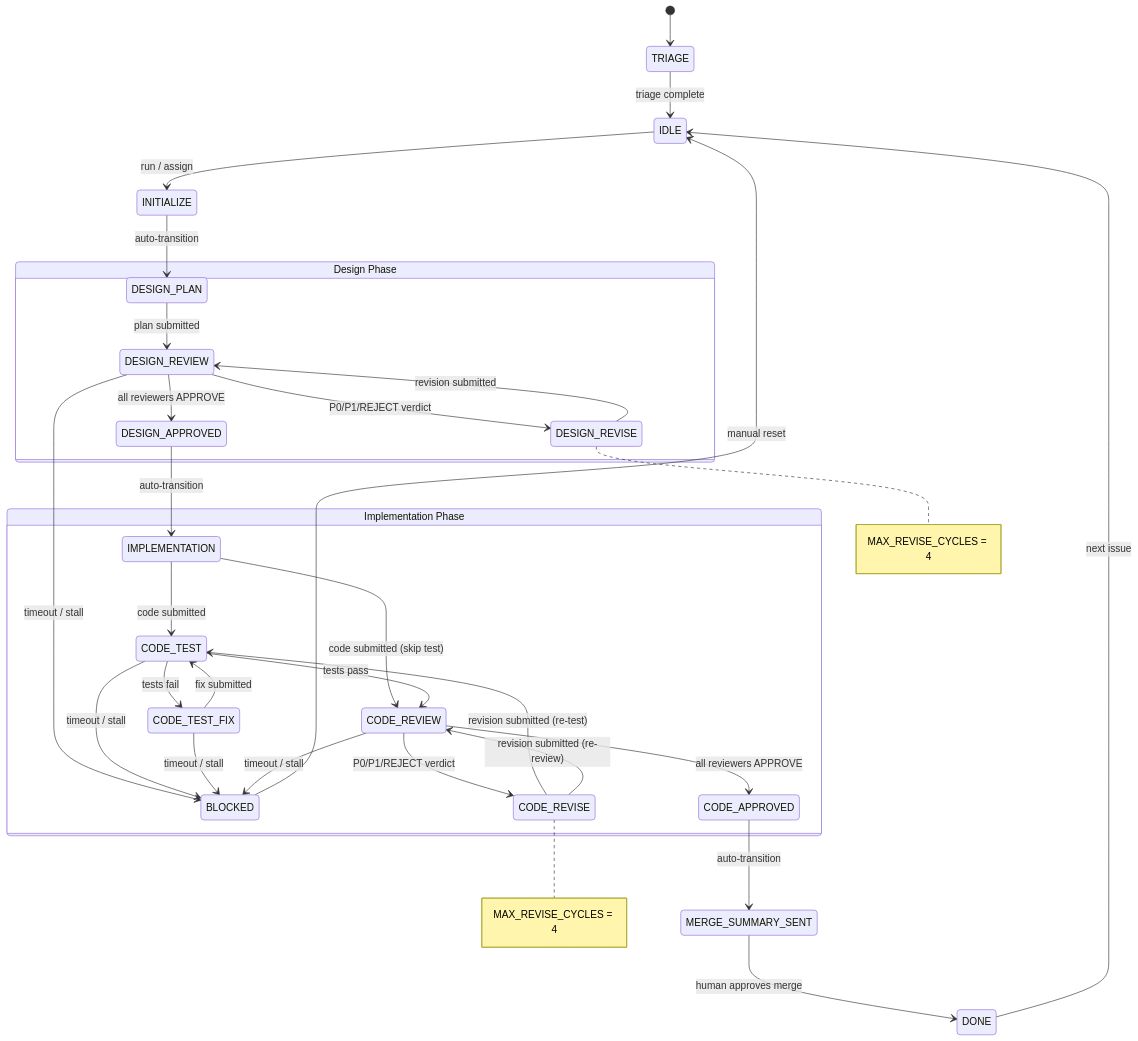
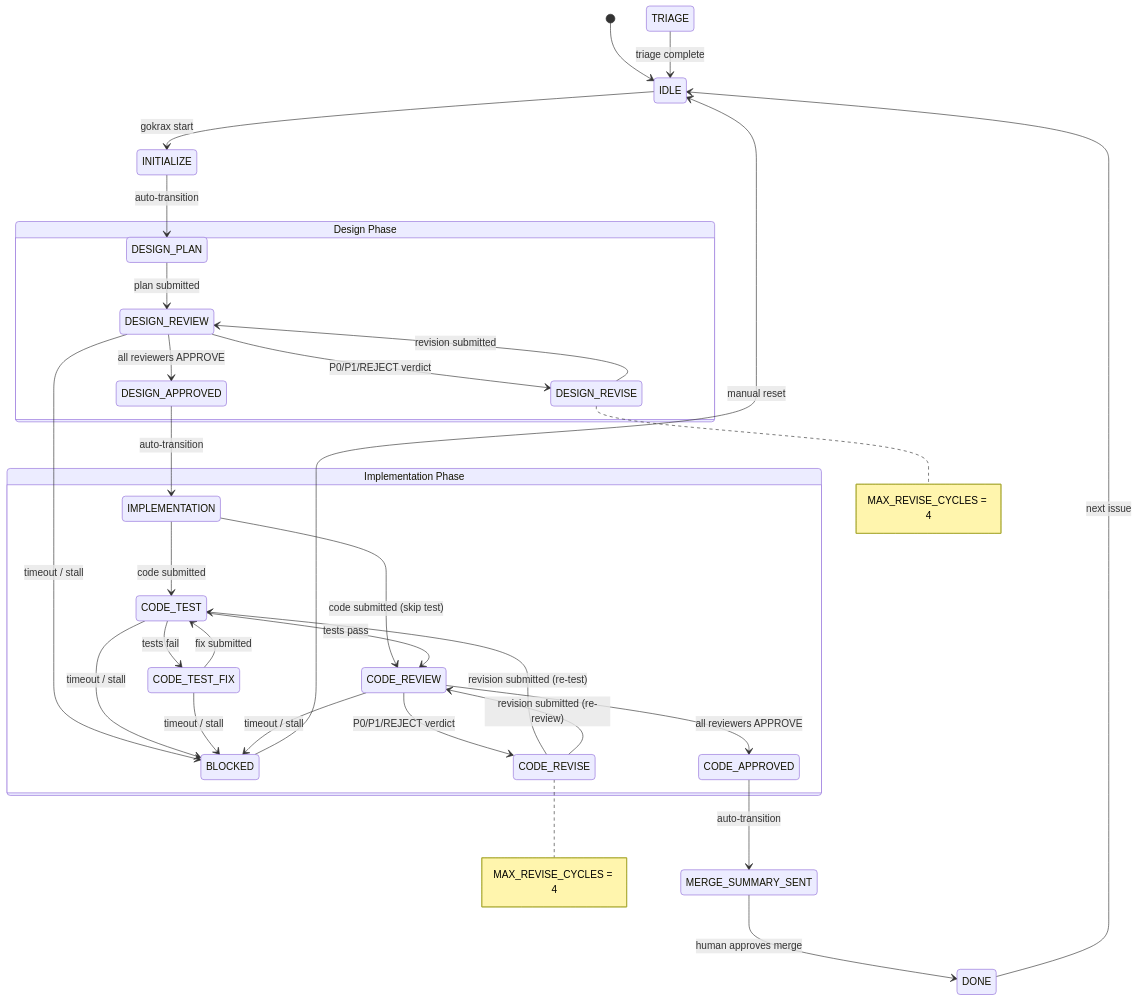
One commit to atakalive/gokrax changed the second of 5 diagrams in docs/architecture.md. Above: the diagram before and after it, drawn with Mermaid. The commit also changed 2 other files, not shown here.

Commit message:
docs: fix code review findings in spec docs. Closes #153
- Fix watchdog polling interval: 5s -> 20s (matches watchdog-loop.sh INTERVAL=20)
- Remove WS direct fallback from send_to_agent docs (CLI-only in current code)
- Update spec_mode_spec.md pseudocode to match current spec_review.py:
  - Add min_reviews_override parameter to should_continue_review()
  - Add validate_received_entry() for invariant checking
  - P2 verdict in has_p1 check: (P0, P1) -> (P0, P1, P2)
  - rev_index based MAX check instead of revise_count
  - ValueError on unknown review_mode instead of fallback
- Add P2 to verdict definitions throughout spec_mode_spec.md
- Update VERDICT_ALIASES/SEVERITY_ALIASES to match code (remove duplicates)
- Fix architecture.md initial state: [*] -> IDLE (not TRIAGE)
- Fix notify.py description: CLI-only, not CLI/WS

````diff
--- a/docs/architecture.md
+++ b/docs/architecture.md
@@ -58,44 +58,44 @@
 ```mermaid
 stateDiagram-v2
-    [*] --> TRIAGE
+    [*] --> IDLE
+
+    IDLE --> INITIALIZE : gokrax start
 
     TRIAGE --> IDLE : triage complete
-
-    IDLE --> INITIALIZE : run / assign
 
     INITIALIZE --> DESIGN_PLAN : auto-transition
 
     state "Design Phase" as design {
         DESIGN_PLAN --> DESIGN_REVIEW : plan submitted
         DESIGN_REVIEW --> DESIGN_APPROVED : all reviewers APPROVE
         DESIGN_REVIEW --> DESIGN_REVISE : P0/P1/REJECT verdict
         DESIGN_REVISE --> DESIGN_REVIEW : revision submitted
         DESIGN_REVIEW --> BLOCKED : timeout / stall
     }
 
     state "Implementation Phase" as impl {
         IMPLEMENTATION --> CODE_TEST : code submitted
         IMPLEMENTATION --> CODE_REVIEW : code submitted (skip test)
         CODE_TEST --> CODE_REVIEW : tests pass
         CODE_TEST --> CODE_TEST_FIX : tests fail
         CODE_TEST --> BLOCKED : timeout / stall
         CODE_TEST_FIX --> CODE_TEST : fix submitted
         CODE_TEST_FIX --> BLOCKED : timeout / stall
         CODE_REVIEW --> CODE_APPROVED : all reviewers APPROVE
         CODE_REVIEW --> CODE_REVISE : P0/P1/REJECT verdict
         CODE_REVISE --> CODE_TEST : revision submitted (re-test)
         CODE_REVISE --> CODE_REVIEW : revision submitted (re-review)
         CODE_REVIEW --> BLOCKED : timeout / stall
     }
 
     DESIGN_APPROVED --> IMPLEMENTATION : auto-transition
 
     CODE_APPROVED --> MERGE_SUMMARY_SENT : auto-transition
     MERGE_SUMMARY_SENT --> DONE : human approves merge
 
     DONE --> IDLE : next issue
     BLOCKED --> IDLE : manual reset
 
     note right of DESIGN_REVISE : MAX_REVISE_CYCLES = 4
     note right of CODE_REVISE : MAX_REVISE_CYCLES = 4
 ```
````
